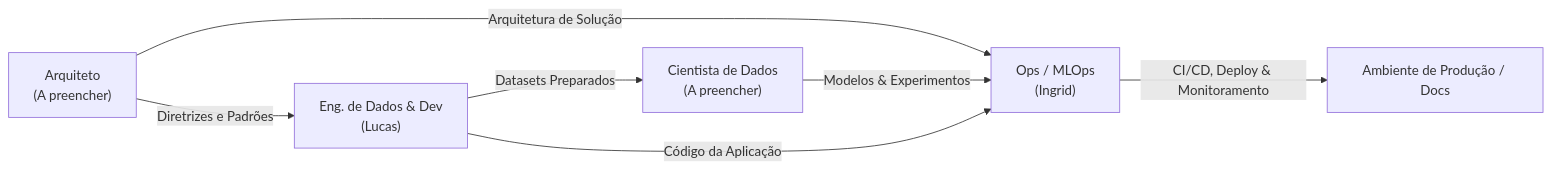
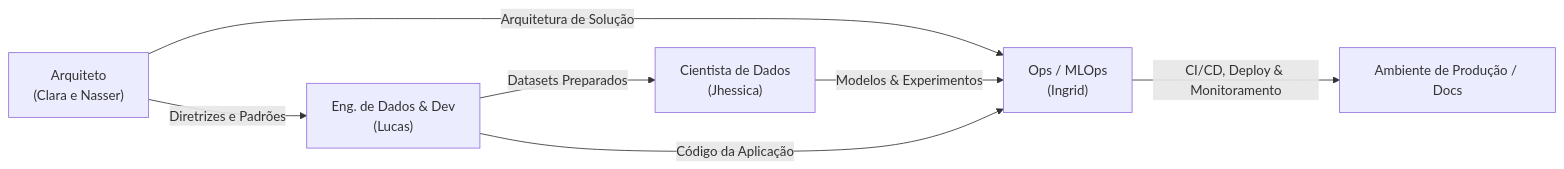
Before and after one commit to ingrdsoares/RES-IA-Challenge-2: the diagram in docs/README.md, drawn with Mermaid. The commit also changed other lines of this file and 3 other files, not shown here.

Commit message:
docs: atualiza equipe com Jhessica em Ciencia de Dados e Clara e Nasser na Arquitetura

````diff
--- a/docs/README.md
+++ b/docs/README.md
@@ -39,14 +39,14 @@
 ```mermaid
 flowchart LR
     Lucas["Eng. de Dados & Dev\n(Lucas)"]
-    DataScientist["Cientista de Dados\n(A preencher)"]
-    Arquiteto["Arquiteto\n(A preencher)"]
+    DataScientist["Cientista de Dados\n(Jhessica)"]
+    Arquiteto["Arquiteto\n(Clara e Nasser)"]
     Ingrid["Ops / MLOps\n(Ingrid)"]
 
     Arquiteto -->|Diretrizes e Padrões| Lucas
     Arquiteto -->|Arquitetura de Solução| Ingrid
     Lucas -->|Datasets Preparados| DataScientist
     DataScientist -->|Modelos & Experimentos| Ingrid
     Lucas -->|Código da Aplicação| Ingrid
     Ingrid -->|CI/CD, Deploy & Monitoramento| Producao["Ambiente de Produção / Docs"]
 ```
````
